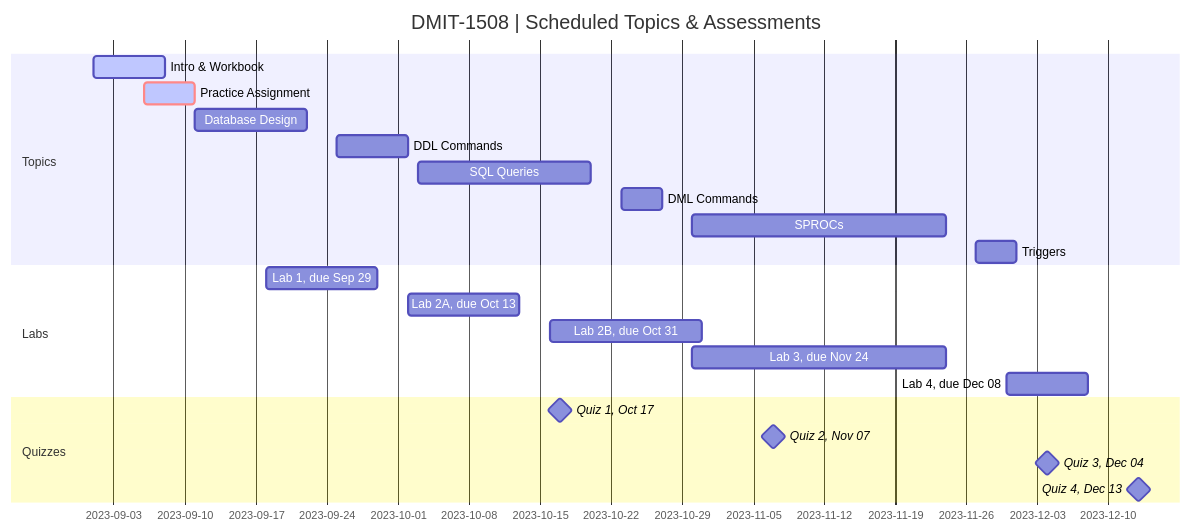
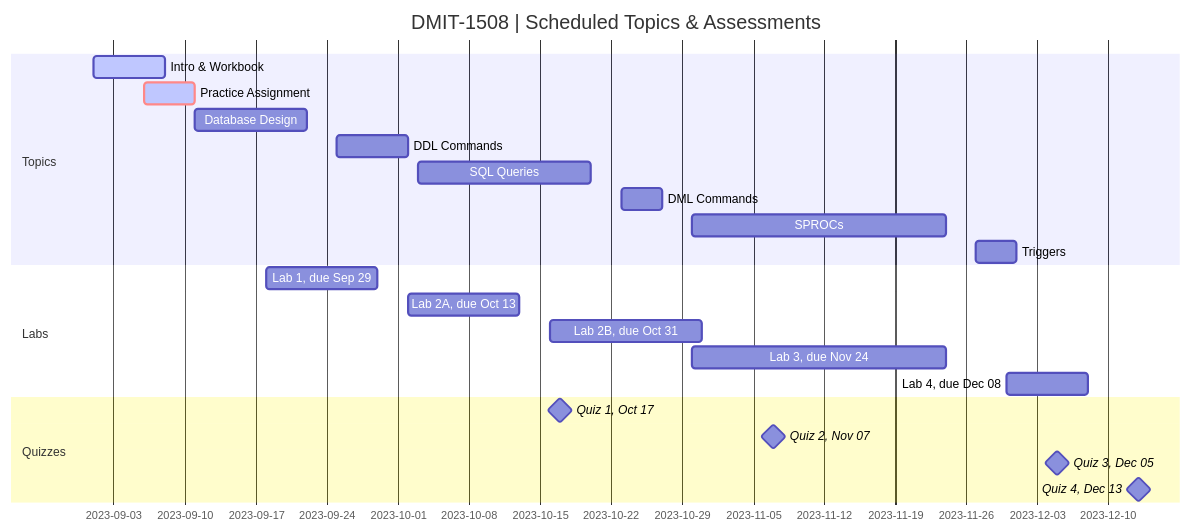
Before and after one commit to DMIT-1508/DMIT-1508-Workbook-A04-dgilleland: the diagram in README.md, drawn with Mermaid.

Commit message:
Update README.md Quiz 3 date

````diff
--- a/README.md
+++ b/README.md
@@ -9,33 +9,33 @@
 ```mermaid
 gantt
     dateFormat  YYYY-MM-DD
     title       DMIT-1508 | Scheduled Topics & Assessments
     %% excludes    weekends
     %% (`excludes` accepts specific dates in YYYY-MM-DD format, days of the week ("sunday") or "weekends", but not the word "weekdays".)
 
     section Topics
     %% done - for finished tasks
     %% active - for current tasks
     %% crit - for red outline/background
     Intro & Workbook          :active,  part0, 2023-09-01, 2023-09-08
     Practice Assignment       :crit, active, about, 2023-09-06, 2023-09-11
     Database Design           :         part1, 2023-09-11, 2023-09-22
     DDL Commands              :         part2, 2023-09-25, 2023-10-02
     SQL Queries               :         part3, 2023-10-03, 2023-10-20
     DML Commands              :         part4, 2023-10-23, 2023-10-27
     SPROCs                    :         part5, 2023-10-30, 2023-11-24
     Triggers                  :         part6, 2023-11-27, 2023-12-01
 
     section Labs
     Lab 1, due Sep 29  :     2023-09-18, 2023-09-29
     Lab 2A, due Oct 13 :     2023-10-02, 2023-10-13
     Lab 2B, due Oct 31 :     2023-10-16, 2023-10-31
     Lab 3, due Nov 24  :     2023-10-30, 2023-11-24
     Lab 4, due Dec 08  :     2023-11-30, 2023-12-08
 
     section Quizzes
     Quiz 1, Oct 17 :milestone, 2023-10-17, 0d
     Quiz 2, Nov 07 :milestone, 2023-11-07, 0d
-    Quiz 3, Dec 04 :milestone, 2023-12-04, 0d
+    Quiz 3, Dec 05 :milestone, 2023-12-05, 0d
     Quiz 4, Dec 13 :milestone, 2023-12-13, 0d
 ```
````
